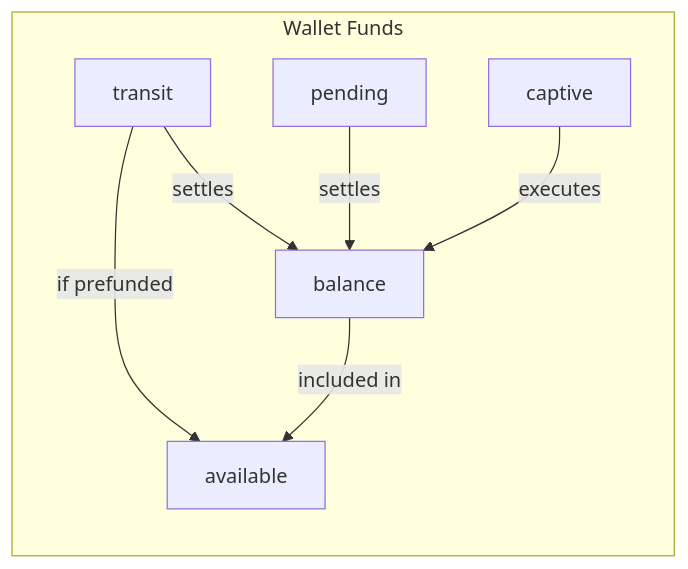
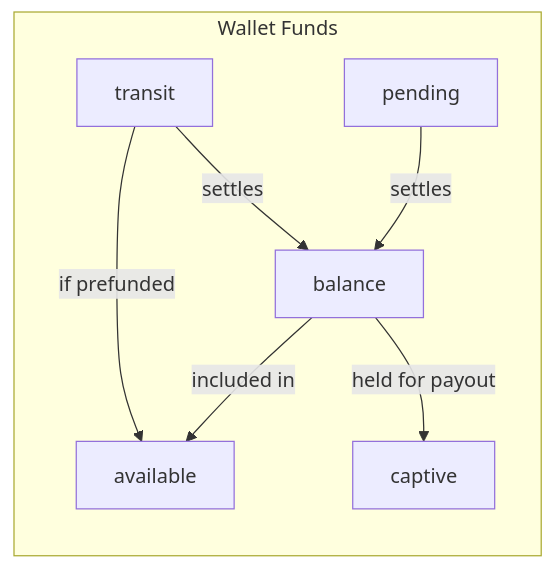
Before and after one commit to reevu-adhikary-alviere/symmetrical-octo-memory: the diagram in docs/guides/wallets.md, drawn with Mermaid. The commit also changed other lines of this file and 1 other file, not shown here.

Commit message:
docs: fix wallets captive and expand payment methods guide
- wallets.md: captive is for outgoing transactions only (ACH debit
  is a credit to the wallet, not captive). Reverse mermaid from
  Captive->Balance to Balance->held for payout->Captive; drop
  ACH debit example.
- payment-methods.md: expand from 61-line status dump (verbatim
  port of alviere-docs/payment-method.md) to 152-line dev guide:
  create flows for card/bank/Plaid with curl, 201 status nuance,
  verification lifecycle, flags, using payment_method_uuid for
  load/withdraw, manage table with delete guards, cross-links.

````diff
--- a/docs/guides/wallets.md
+++ b/docs/guides/wallets.md
@@ -31,17 +31,17 @@
 ```mermaid
 graph LR
     subgraph Wallet Funds
         Available["available"]
         Balance["balance"]
         Transit["transit"]
         Pending["pending"]
         Captive["captive"]
     end
 
     Transit -->|settles| Balance
     Pending -->|settles| Balance
-    Captive -->|executes| Balance
+    Balance -->|held for payout| Captive
 
     Balance -->|included in| Available
     Transit -->|if prefunded| Available
 ```
````
